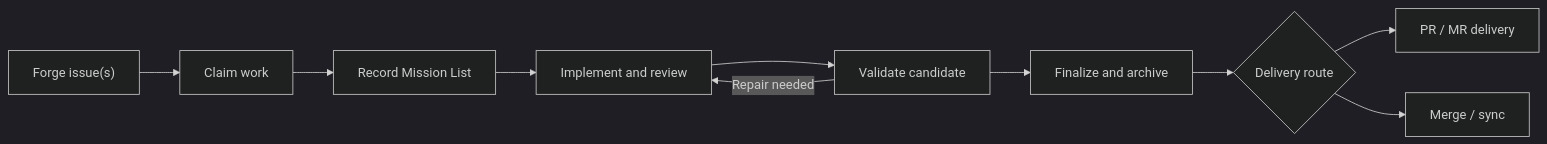
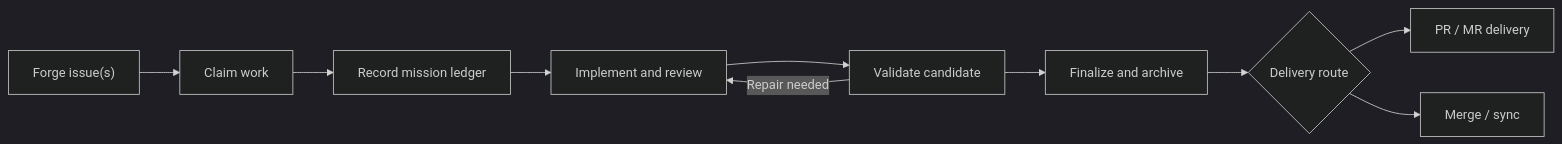
Before and after one commit to KaolaBrother/Kaola-Workflow: the first of 3 diagrams in README.md, drawn with Mermaid (dark theme). The commit also changed other lines of this file and 23 other files, not shown here.

First line of the commit message:
docs(ledger): ADR 0027 the mission ledger; docs, README, CHANGELOG, AGENTS.md (#1089)

````diff
--- a/README.md
+++ b/README.md
@@ -15,12 +15,12 @@
 ```mermaid
 flowchart LR
     I["Forge issue(s)"] --> C["Claim work"]
-    C --> M["Record Mission List"]
+    C --> M["Record mission ledger"]
     M --> W["Implement and review"]
     W --> V["Validate candidate"]
     V --> F["Finalize and archive"]
     F --> S{"Delivery route"}
     S --> P["PR / MR delivery"]
     S --> G["Merge / sync"]
     V -->|"Repair needed"| W
 ```
````
